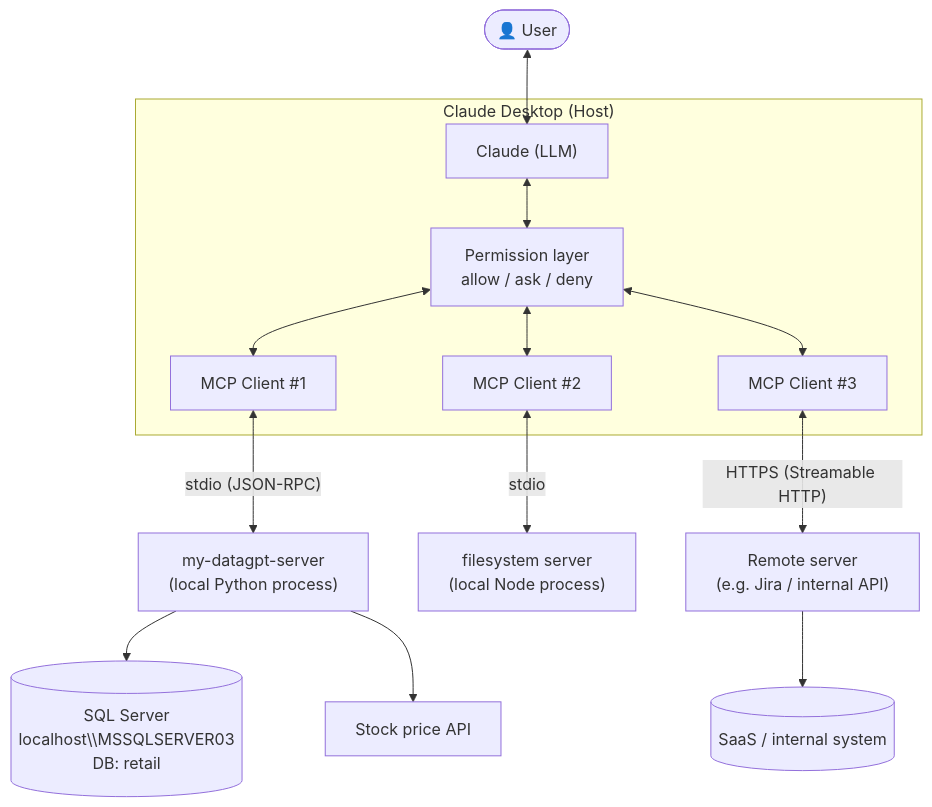
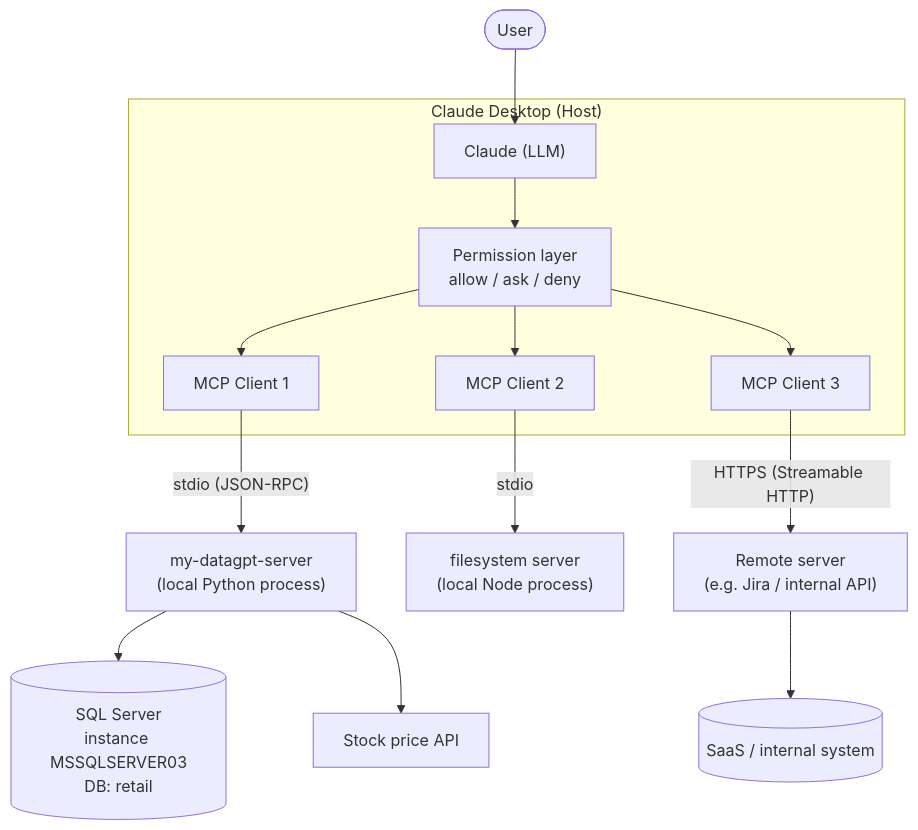
One commit to KiranGunturu/model_context_protocal changed the third of 14 diagrams in Readme.MD. Above: the diagram before and after it, drawn with Mermaid. The commit also changed other lines of this file, not shown here.

````diff
--- a/Readme.MD
+++ b/Readme.MD
@@ -95,24 +95,24 @@
 ```mermaid
 flowchart TB
-    User([👤 User])
+    User([User])
     subgraph Host["Claude Desktop (Host)"]
         LLM["Claude (LLM)"]
         PERM["Permission layer<br/>allow / ask / deny"]
-        C1["MCP Client #1"]
-        C2["MCP Client #2"]
-        C3["MCP Client #3"]
-        LLM <--> PERM
-        PERM <--> C1
-        PERM <--> C2
-        PERM <--> C3
+        C1["MCP Client 1"]
+        C2["MCP Client 2"]
+        C3["MCP Client 3"]
+        LLM --> PERM
+        PERM --> C1
+        PERM --> C2
+        PERM --> C3
     end
-    User <--> LLM
+    User --> LLM
 
-    C1 <-- "stdio (JSON-RPC)" --> S1["my-datagpt-server<br/>(local Python process)"]
-    C2 <-- "stdio" --> S2["filesystem server<br/>(local Node process)"]
-    C3 <-- "HTTPS (Streamable HTTP)" --> S3["Remote server<br/>(e.g. Jira / internal API)"]
+    C1 -->|"stdio (JSON-RPC)"| S1["my-datagpt-server<br/>(local Python process)"]
+    C2 -->|"stdio"| S2["filesystem server<br/>(local Node process)"]
+    C3 -->|"HTTPS (Streamable HTTP)"| S3["Remote server<br/>(e.g. Jira / internal API)"]
 
-    S1 --> DB[("SQL Server<br/>localhost\\MSSQLSERVER03<br/>DB: retail")]
+    S1 --> DB[("SQL Server<br/>instance MSSQLSERVER03<br/>DB: retail")]
     S1 --> API["Stock price API"]
     S3 --> SaaS[(SaaS / internal system)]
 ```
````
